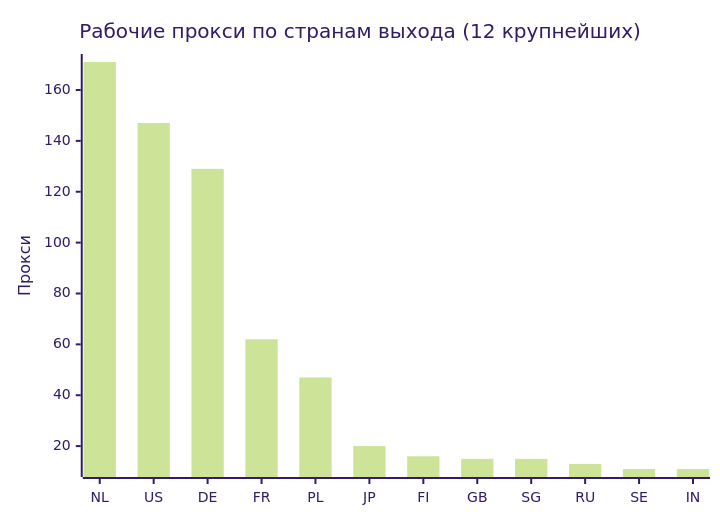
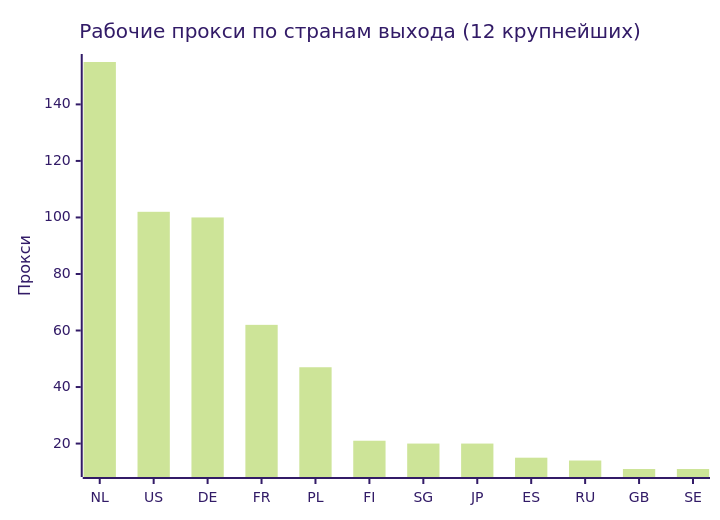
Before and after one commit to rvvg/proxy-subs: the second of 4 diagrams in README.md, drawn with Mermaid (forest theme). The commit also changed other lines of this file and 51 other files, not shown here.

````diff
--- a/README.md
+++ b/README.md
@@ -133,7 +128,7 @@
 ```mermaid
 xychart-beta
     title "Рабочие прокси по странам выхода (12 крупнейших)"
-    x-axis ["NL", "US", "DE", "FR", "PL", "JP", "FI", "GB", "SG", "RU", "SE", "IN"]
+    x-axis ["NL", "US", "DE", "FR", "PL", "FI", "SG", "JP", "ES", "RU", "GB", "SE"]
     y-axis "Прокси"
-    bar [171, 147, 129, 62, 47, 20, 16, 15, 15, 13, 11, 11]
+    bar [155, 102, 100, 62, 47, 21, 20, 20, 15, 14, 11, 11]
 ```
````
